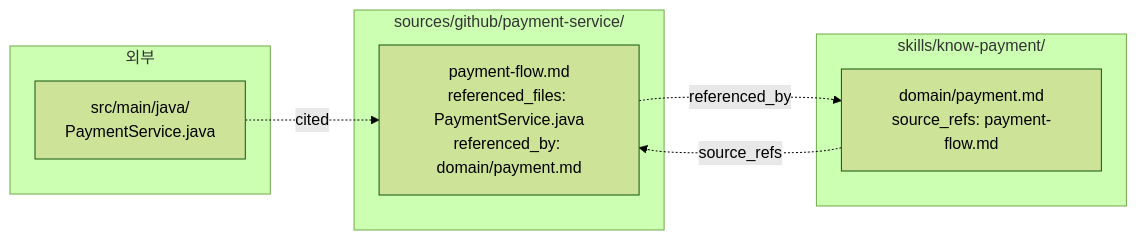
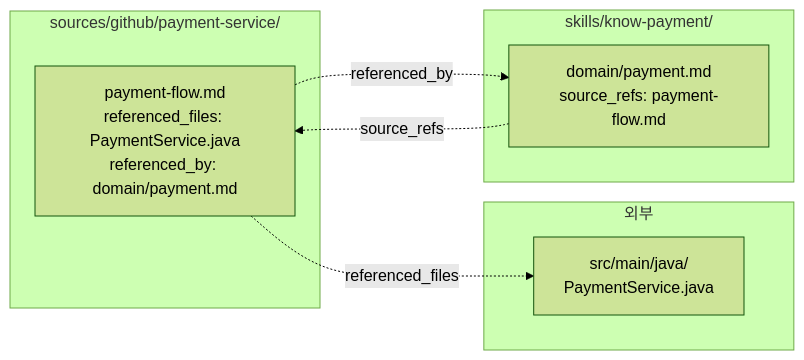
The fourth of 4 diagrams in collections/_notes/ai/llm-wiki/as-skill.md (choesimin/choesimin.github.io), drawn with Mermaid (forest theme) before and after one commit. The commit also changed other lines of this file, not shown here.

````diff
--- a/collections/_notes/ai/llm-wiki/as-skill.md
+++ b/collections/_notes/ai/llm-wiki/as-skill.md
@@ -280,18 +288,18 @@
 ```mermaid
 graph LR
     subgraph external["외부"]
         ext_file["src/main/java/<br>PaymentService.java"]
     end
 
     subgraph src["sources/github/payment-service/"]
         topic_flow["payment-flow.md<br>referenced_files: PaymentService.java<br>referenced_by: domain/payment.md"]
     end
 
     subgraph skill["skills/know-payment/"]
         page_payment["domain/payment.md<br>source_refs: payment-flow.md"]
     end
 
-    ext_file -.cited.-> topic_flow
+    topic_flow -.referenced_files.-> ext_file
     topic_flow -.referenced_by.-> page_payment
     page_payment -.source_refs.-> topic_flow
 ```
````
